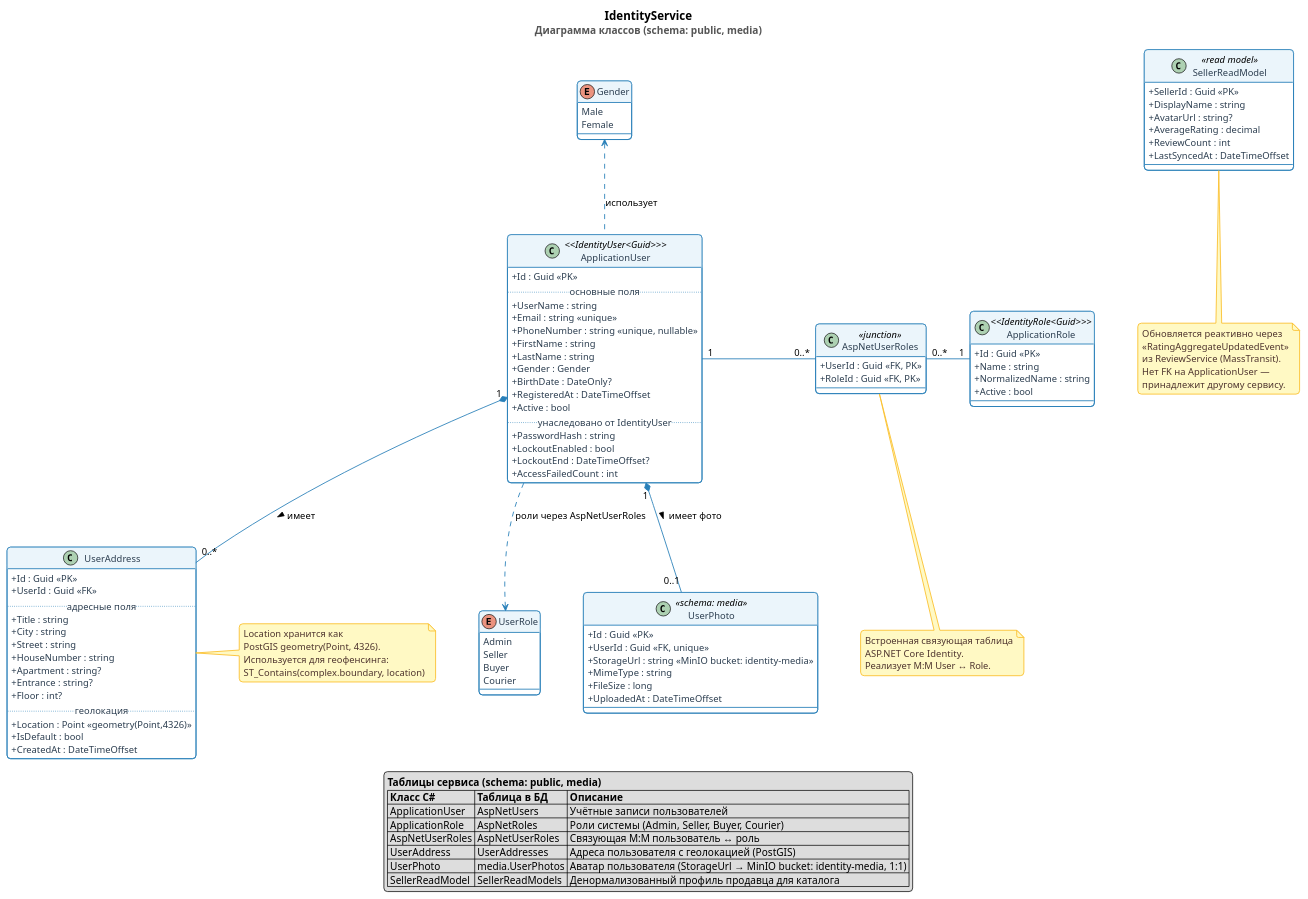
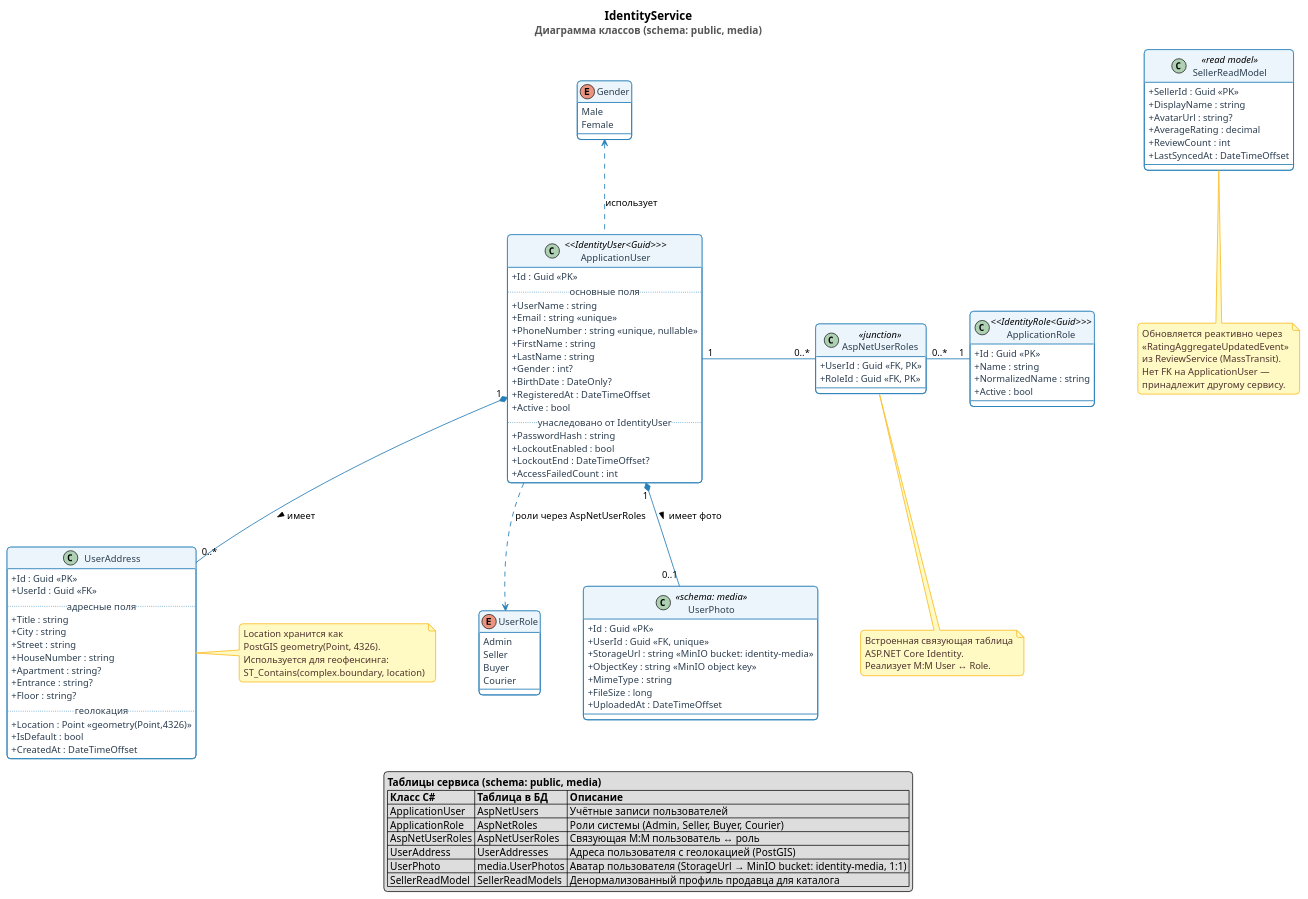
The diagram in docs/diagrams/identity-service.puml (LocMp-olegg/LocalMarketplace), drawn with PlantUML before and after one commit. The commit also changed 2 other files, not shown here.

Commit message:
refactor: update schemas

```diff
--- a/docs/diagrams/identity-service.puml
+++ b/docs/diagrams/identity-service.puml
@@ -1,177 +1,178 @@
 @startuml identity-service
 title <size:16><b>IdentityService</b></size>\n<color:#555>Диаграмма классов (schema: public, media)</color>
 
 ' ─── Глобальные настройки стиля ──────────────────────────────────────────────
 skinparam defaultFontName "Segoe UI", Arial, sans-serif
 skinparam defaultFontSize 13
 skinparam roundcorner 10
 skinparam shadowing false
 skinparam classAttributeIconSize 0
 skinparam nodesep 60
 skinparam ranksep 70
 
 ' ─── Стили для классов ───────────────────────────────────────────────────────
 skinparam class {
     BackgroundColor White
     HeaderBackgroundColor #EBF5FB
     BorderColor #2980B9
     BorderThickness 1.2
     ArrowColor #2980B9
     ArrowThickness 1.2
     AttributeFontColor #2C3E50
 }
 
 ' ─── Стили для перечислений (Enums) ──────────────────────────────────────────
 skinparam enum {
     BackgroundColor White
     HeaderBackgroundColor #EAFAF1
     BorderColor #27AE60
     BorderThickness 1.2
 }
 
 ' ─── Стили для заметок ───────────────────────────────────────────────────────
 skinparam note {
     BackgroundColor #FFF9C4
     BorderColor #FBC02D
     FontColor #4E342E
     BorderThickness 1.2
     roundcorner 6
 }
 
 ' Кастомные цвета для дефолтных иконок стереотипов (C, A, E, I)
 skinparam stereotypeCBackgroundColor #D6EAF8
 skinparam stereotypeABackgroundColor #FDEBD0
 skinparam stereotypeEBackgroundColor #D5F5E3
 
 ' ─── Enums ───────────────────────────────────────────────────────────────────
 
 enum Gender {
     Male
     Female
 }
 
 enum UserRole {
     Admin
     Seller
     Buyer
     Courier
 }
 
 ' ─── Core Entities ───────────────────────────────────────────────────────────
 
 class ApplicationUser <<IdentityUser<Guid>>> {
     + Id : Guid <<PK>>
     ..основные поля..
     + UserName : string
     + Email : string <<unique>>
     + PhoneNumber : string <<unique, nullable>>
     + FirstName : string
     + LastName : string
-    + Gender : Gender
+    + Gender : int?
     + BirthDate : DateOnly?
     + RegisteredAt : DateTimeOffset
     + Active : bool
     ..унаследовано от IdentityUser..
     + PasswordHash : string
     + LockoutEnabled : bool
     + LockoutEnd : DateTimeOffset?
     + AccessFailedCount : int
 }
 
 class ApplicationRole <<IdentityRole<Guid>>> {
     + Id : Guid <<PK>>
     + Name : string
     + NormalizedName : string
     + Active : bool
 }
 
 class AspNetUserRoles <<junction>> {
     + UserId : Guid <<FK, PK>>
     + RoleId : Guid <<FK, PK>>
 }
 
 class UserAddress {
     + Id : Guid <<PK>>
     + UserId : Guid <<FK>>
     ..адресные поля..
     + Title : string
     + City : string
     + Street : string
     + HouseNumber : string
     + Apartment : string?
     + Entrance : string?
-    + Floor : int?
+    + Floor : string?
     ..геолокация..
     + Location : Point <<geometry(Point,4326)>>
     + IsDefault : bool
     + CreatedAt : DateTimeOffset
 }
 
 class UserPhoto <<schema: media>> {
     + Id : Guid <<PK>>
     + UserId : Guid <<FK, unique>>
     + StorageUrl : string <<MinIO bucket: identity-media>>
+    + ObjectKey : string <<MinIO object key>>
     + MimeType : string
     + FileSize : long
     + UploadedAt : DateTimeOffset
 }
 
 ' ─── Read Models ──────────────────────────────────────────────────────────────
 
 class SellerReadModel <<read model>> {
     + SellerId : Guid <<PK>>
     + DisplayName : string
     + AvatarUrl : string?
     + AverageRating : decimal
     + ReviewCount : int
     + LastSyncedAt : DateTimeOffset
 }
 
 ' ─── Relationships ────────────────────────────────────────────────────────────
 
 ApplicationUser "1" *-down- "0..*" UserAddress : имеет >
 ApplicationUser "1" *-down- "0..1" UserPhoto : имеет фото >
 ApplicationUser "1" -right- "0..*" AspNetUserRoles
 ApplicationRole "1" -left- "0..*" AspNetUserRoles
 
 ApplicationUser .up.> Gender : использует
 ApplicationUser ..> UserRole : роли через AspNetUserRoles
 
 ' ─── Notes ───────────────────────────────────────────────────────────────────
 
 note bottom of SellerReadModel
   Обновляется реактивно через
   <<RatingAggregateUpdatedEvent>>
   из ReviewService (MassTransit).
   Нет FK на ApplicationUser —
   принадлежит другому сервису.
 end note
 
 note right of UserAddress
   Location хранится как
   PostGIS geometry(Point, 4326).
   Используется для геофенсинга:
   ST_Contains(complex.boundary, location)
 end note
 
 note bottom of AspNetUserRoles
   Встроенная связующая таблица
   ASP.NET Core Identity.
   Реализует M:M User ↔ Role.
 end note
 
 
 ' ─── Сводная таблица сущностей ───────────────────────────────────────────────
 
 legend bottom
   <b>Таблицы сервиса (schema: public, media)</b>
   |= Класс C# |= Таблица в БД |= Описание |
   | ApplicationUser | AspNetUsers | Учётные записи пользователей |
   | ApplicationRole | AspNetRoles | Роли системы (Admin, Seller, Buyer, Courier) |
   | AspNetUserRoles | AspNetUserRoles | Связующая M:M пользователь ↔ роль |
   | UserAddress | UserAddresses | Адреса пользователя с геолокацией (PostGIS) |
   | UserPhoto | media.UserPhotos | Аватар пользователя (StorageUrl → MinIO bucket: identity-media, 1:1) |
   | SellerReadModel | SellerReadModels | Денормализованный профиль продавца для каталога |
 endlegend
 
 @enduml
```
